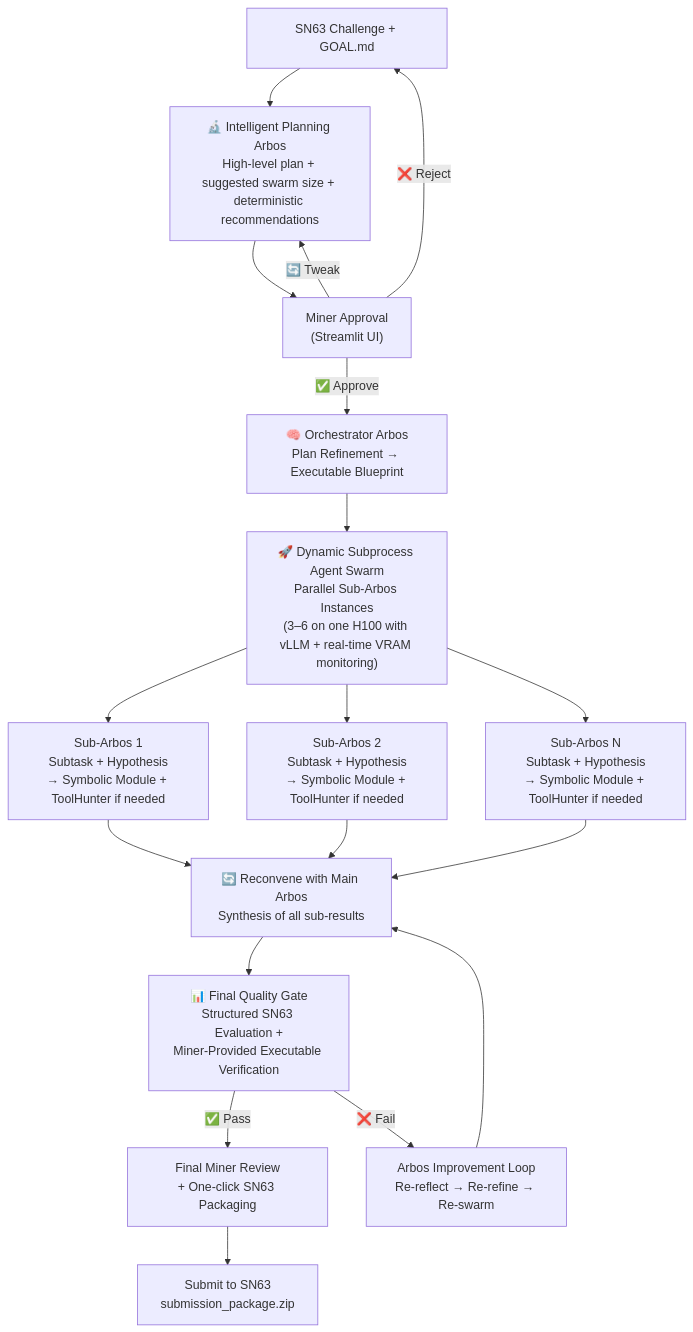
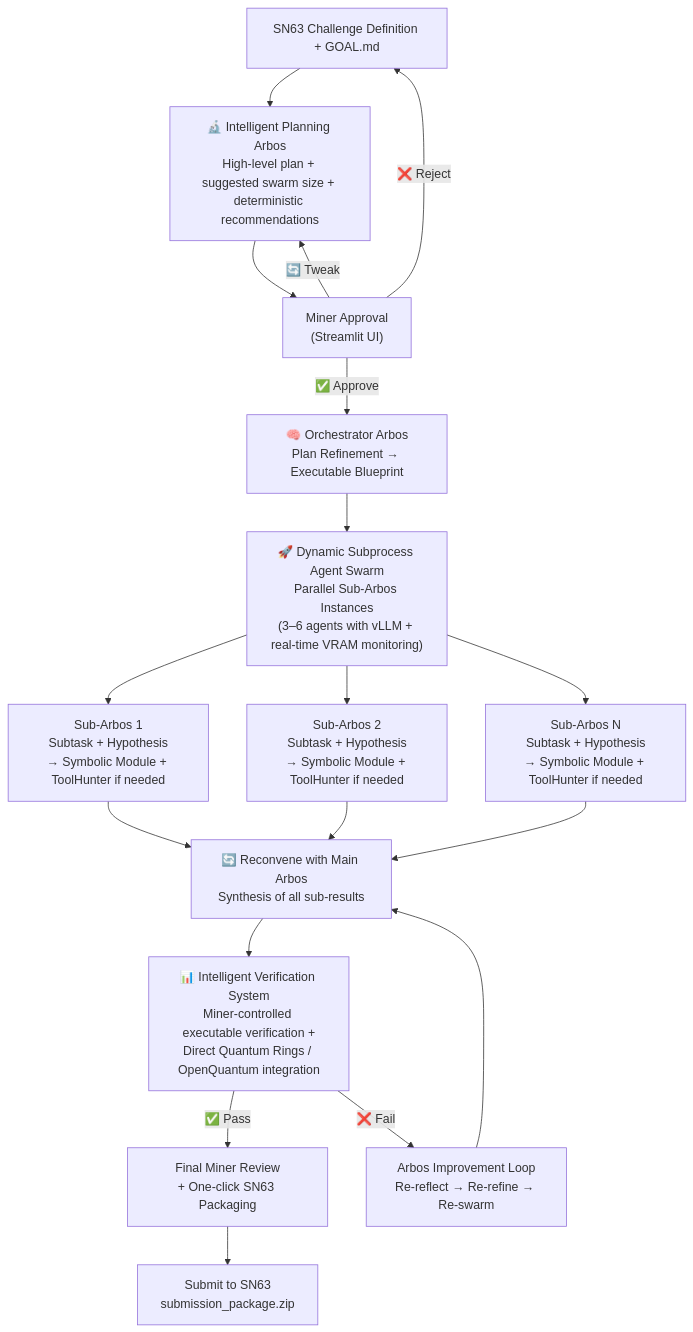
One commit to jbequ5/SAGE-Enigma-Subnet changed the diagram in README.md. Above: the diagram before and after it, drawn with Mermaid. The commit also changed other lines of this file, not shown here.

````diff
--- a/README.md
+++ b/README.md
@@ -9,27 +11,27 @@
 ```mermaid
 flowchart TD
-    A["SN63 Challenge + GOAL.md"] 
+    A["SN63 Challenge Definition + GOAL.md"] 
     --> B["🔬 Intelligent Planning Arbos<br/>High-level plan + suggested swarm size + deterministic recommendations"]
 
     B --> C["Miner Approval<br/>(Streamlit UI)"]
     C -->|"✅ Approve"| D["🧠 Orchestrator Arbos<br/>Plan Refinement → Executable Blueprint"]
     C -->|"🔄 Tweak"| B
     C -->|"❌ Reject"| A
 
-    D --> E["🚀 Dynamic Subprocess Agent Swarm<br/>Parallel Sub-Arbos Instances<br/>(3–6 on one H100 with vLLM + real-time VRAM monitoring)"]
+    D --> E["🚀 Dynamic Subprocess Agent Swarm<br/>Parallel Sub-Arbos Instances<br/>(3–6 agents with vLLM + real-time VRAM monitoring)"]
 
     E --> F1["Sub-Arbos 1<br/>Subtask + Hypothesis<br/>→ Symbolic Module + ToolHunter if needed"]
     E --> F2["Sub-Arbos 2<br/>Subtask + Hypothesis<br/>→ Symbolic Module + ToolHunter if needed"]
     E --> FN["Sub-Arbos N<br/>Subtask + Hypothesis<br/>→ Symbolic Module + ToolHunter if needed"]
 
     F1 & F2 & FN --> G["🔄 Reconvene with Main Arbos<br/>Synthesis of all sub-results"]
 
-    G --> H["📊 Final Quality Gate<br/>Structured SN63 Evaluation +<br/>Miner-Provided Executable Verification"]
+    G --> H["📊 Intelligent Verification System<br/>Miner-controlled executable verification +<br/>Direct Quantum Rings / OpenQuantum integration"]
 
     H -->|"✅ Pass"| I["Final Miner Review<br/>+ One-click SN63 Packaging"]
     H -->|"❌ Fail"| J["Arbos Improvement Loop<br/>Re-reflect → Re-refine → Re-swarm"]
 
     J --> G
 
     I --> K["Submit to SN63<br/>submission_package.zip"]
 ```
````
